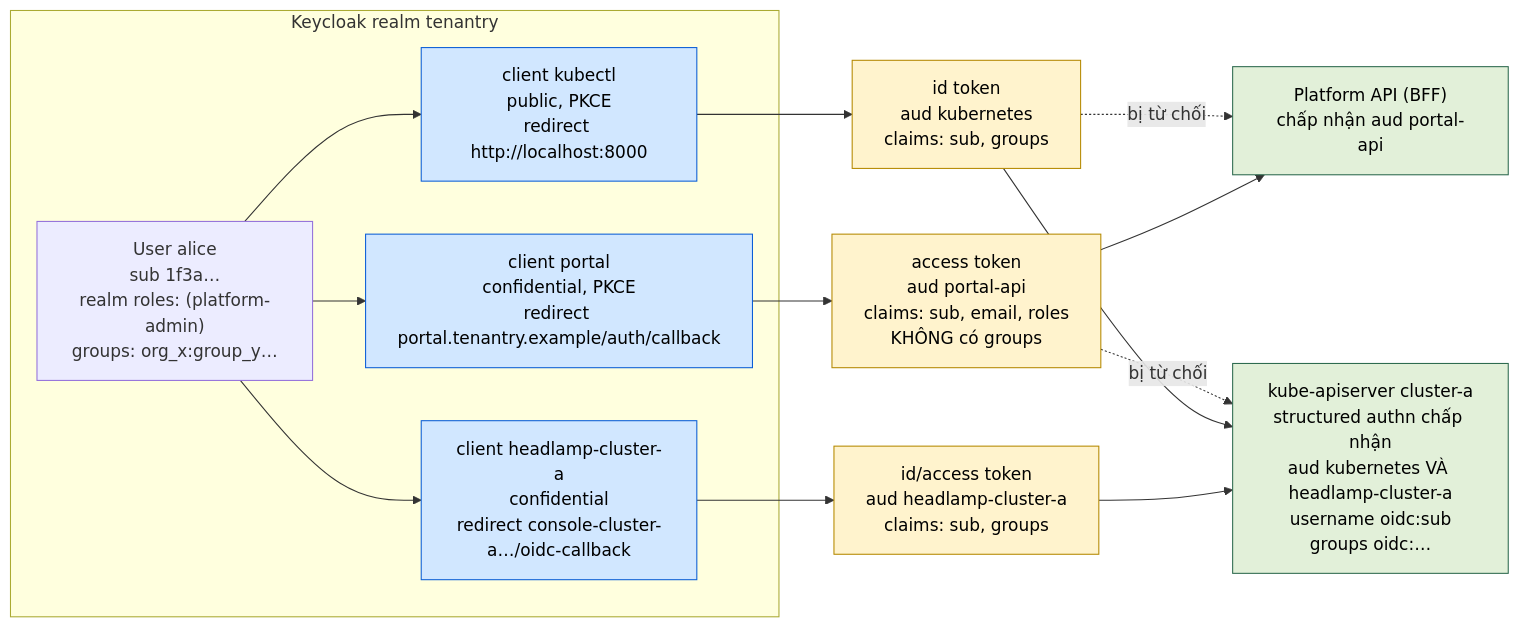
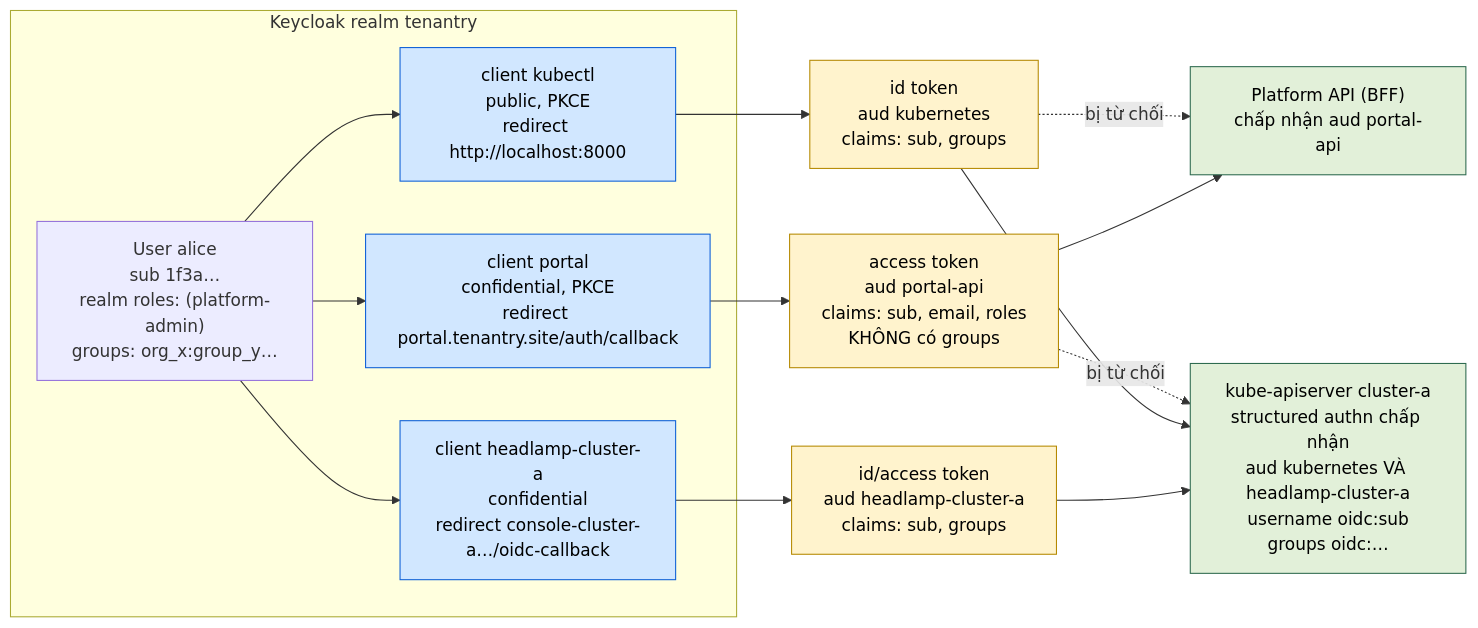
One commit to thaihoc1310/tenantry changed the second of 4 diagrams in docs/architecture/06-security-and-identity.md. Above: the diagram before and after it, drawn with Mermaid. The commit also changed other lines of this file and 10 other files, not shown here.

````diff
--- a/docs/architecture/06-security-and-identity.md
+++ b/docs/architecture/06-security-and-identity.md
@@ -69,26 +69,26 @@
 ```mermaid
 flowchart LR
   classDef c fill:#d1e7ff,stroke:#0b5ed7,color:#000
   classDef t fill:#fff3cd,stroke:#b58900,color:#000
   classDef r fill:#e2f0d9,stroke:#2d6a4f,color:#000
 
   subgraph Realm["Keycloak realm tenantry"]
     U["User alice<br/>sub 1f3a…<br/>realm roles: (platform-admin)<br/>groups: org_x:group_y…"]
-    C1["client portal<br/>confidential, PKCE<br/>redirect portal.tenantry.example/auth/callback"]:::c
+    C1["client portal<br/>confidential, PKCE<br/>redirect portal.tenantry.site/auth/callback"]:::c
     C2["client headlamp-cluster-a<br/>confidential<br/>redirect console-cluster-a…/oidc-callback"]:::c
     C3["client kubectl<br/>public, PKCE<br/>redirect http://localhost:8000"]:::c
   end
 
   T1["access token<br/>aud portal-api<br/>claims: sub, email, roles<br/>KHÔNG có groups"]:::t
   T2["id/access token<br/>aud headlamp-cluster-a<br/>claims: sub, groups"]:::t
   T3["id token<br/>aud kubernetes<br/>claims: sub, groups"]:::t
 
   R1["Platform API (BFF)<br/>chấp nhận aud portal-api"]:::r
   R2["kube-apiserver cluster-a<br/>structured authn chấp nhận<br/>aud kubernetes VÀ headlamp-cluster-a<br/>username oidc:sub<br/>groups oidc:…"]:::r
 
   U --> C1 --> T1 --> R1
   U --> C2 --> T2 --> R2
   U --> C3 --> T3 --> R2
   T1 -.->|"bị từ chối"| R2
   T3 -.->|"bị từ chối"| R1
 ```
````
